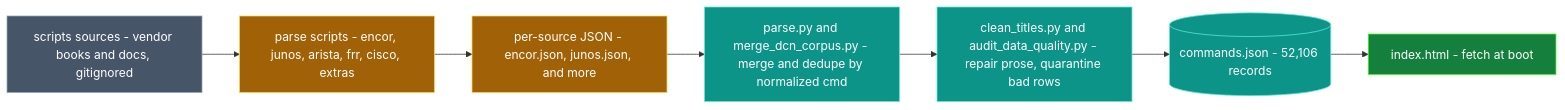
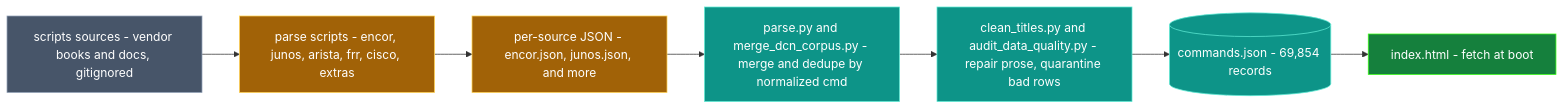
Before and after one commit to gesh75/multivendor-cli-configurator: the fourth of 6 diagrams in docs/ARCHITECTURE.md, drawn with Mermaid. The commit also changed other lines of this file and 3 other files, not shown here.

````diff
--- a/docs/ARCHITECTURE.md
+++ b/docs/ARCHITECTURE.md
@@ -155,18 +155,18 @@
 ```mermaid
 flowchart LR
     src["scripts sources - vendor books and docs, gitignored"]:::source
     parsers["parse scripts - encor, junos, arista, frr, cisco, extras"]:::build
     inter["per-source JSON - encor.json, junos.json, and more"]:::build
     master["parse.py and merge_dcn_corpus.py - merge and dedupe by normalized cmd"]:::accent
     clean["clean_titles.py and audit_data_quality.py - repair prose, quarantine bad rows"]:::accent
-    out[("commands.json - 52,106 records")]:::store
+    out[("commands.json - 69,854 records")]:::store
     web["index.html - fetch at boot"]:::core
 
     src --> parsers --> inter --> master --> clean --> out --> web
 
     classDef source fill:#475569,stroke:#94a3b8,color:#fff
     classDef build  fill:#a16207,stroke:#ffd152,color:#fff
     classDef accent fill:#0d9488,stroke:#5eead4,color:#fff
     classDef store  fill:#0d9488,stroke:#5eead4,color:#fff
     classDef core   fill:#15803d,stroke:#39ff14,color:#fff
 ```
````
